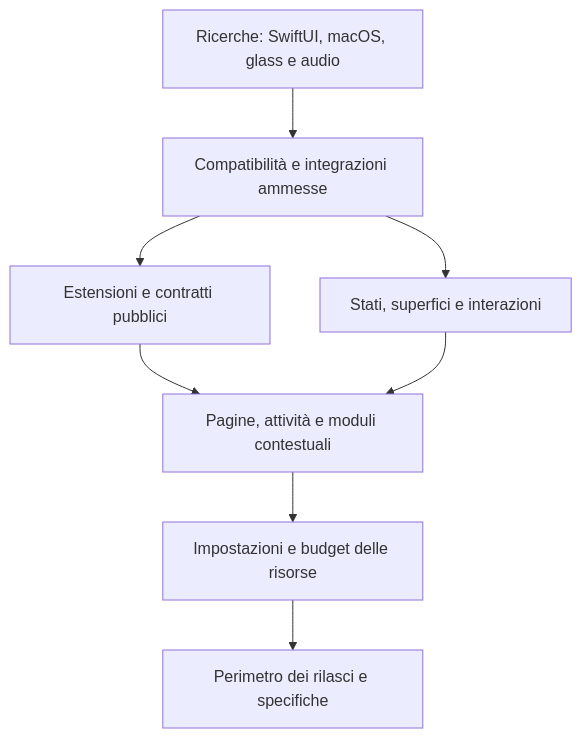
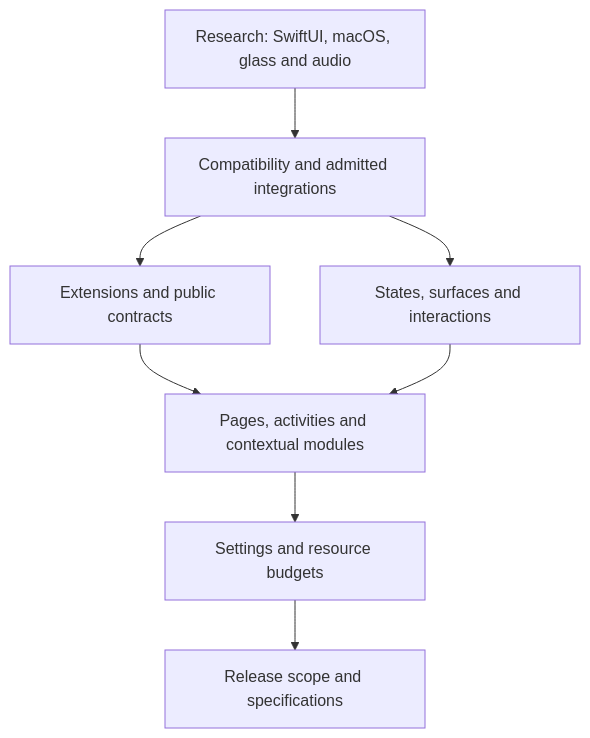
The diagram in docs/wayfinder/README.md (Hylo-dev/Cascade), drawn with Mermaid before and after one commit. The commit also changed other lines of this file and 211 other files, not shown here.

````diff
--- a/docs/wayfinder/README.md
+++ b/docs/wayfinder/README.md
@@ -37,10 +37,10 @@
 ```mermaid
 flowchart TD
-    A["Ricerche: SwiftUI, macOS, glass e audio"] --> B["Compatibilità e integrazioni ammesse"]
-    B --> C["Estensioni e contratti pubblici"]
-    B --> D["Stati, superfici e interazioni"]
-    C --> E["Pagine, attività e moduli contestuali"]
+    A["Research: SwiftUI, macOS, glass and audio"] --> B["Compatibility and admitted integrations"]
+    B --> C["Extensions and public contracts"]
+    B --> D["States, surfaces and interactions"]
+    C --> E["Pages, activities and contextual modules"]
     D --> E
-    E --> F["Impostazioni e budget delle risorse"]
-    F --> G["Perimetro dei rilasci e specifiche"]
+    E --> F["Settings and resource budgets"]
+    F --> G["Release scope and specifications"]
 ```
````
